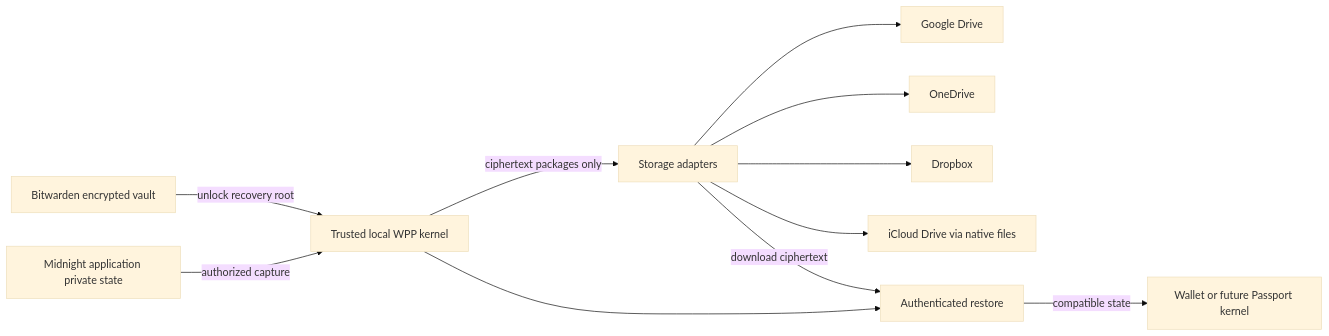
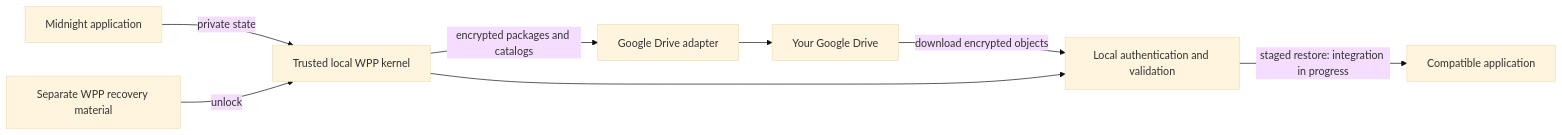
The diagram in README.md (CharlesHoskinson/WitnessProtectionProgram), drawn with Mermaid (base theme) before and after one commit. The commit also changed other lines of this file and 4 other files, not shown here.

Commit message:
Explain WPP application, recovery model, and implemented prototype status

````diff
--- a/README.md
+++ b/README.md
@@ -57,13 +53,10 @@
 ```mermaid
 flowchart LR
-  BW[Bitwarden encrypted vault] -->|unlock recovery root| K[Trusted local WPP kernel]
-  MN[Midnight application private state] -->|authorized capture| K
-  K -->|ciphertext packages only| S[Storage adapters]
-  S --> G[Google Drive]
-  S --> O[OneDrive]
-  S --> D[Dropbox]
-  S --> I[iCloud Drive via native files]
-  S -->|download ciphertext| R[Authenticated restore]
-  K --> R
-  R -->|compatible state| W[Wallet or future Passport kernel]
+  A[Midnight application] -->|private state| K[Trusted local WPP kernel]
+  R[Separate WPP recovery material] -->|unlock| K
+  K -->|encrypted packages and catalogs| D[Google Drive adapter]
+  D --> G[Your Google Drive]
+  G -->|download encrypted objects| V[Local authentication and validation]
+  K --> V
+  V -->|staged restore: integration in progress| C[Compatible application]
 ```
````
